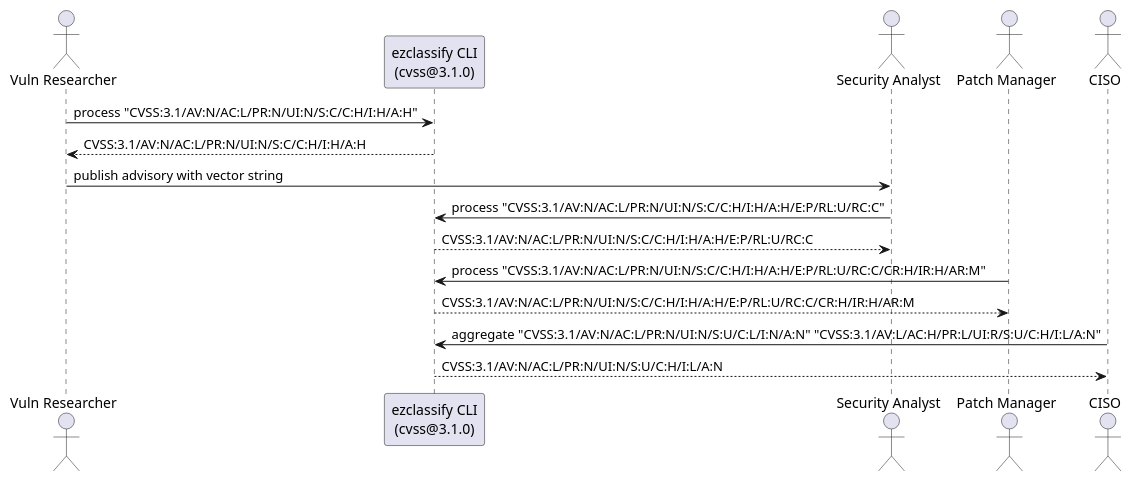
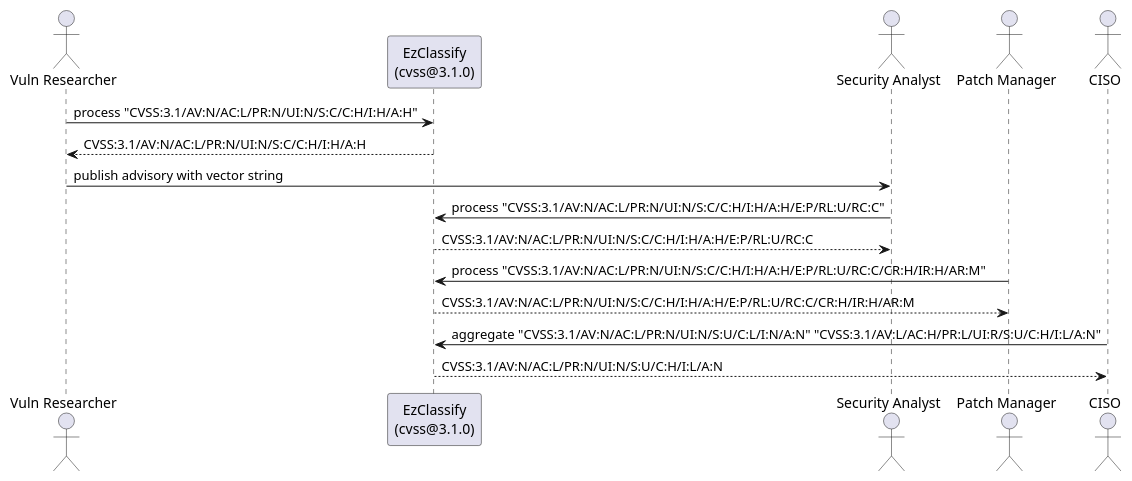
Before and after one commit to ezclassify/community-content: the second of 2 diagrams in schemes/security-vectors/cvss/docs/use-cases.md, drawn with PlantUML. The commit also changed other lines of this file and 101 other files, not shown here.

````diff
--- a/schemes/security-vectors/cvss/docs/use-cases.md
+++ b/schemes/security-vectors/cvss/docs/use-cases.md
@@ -106,22 +109,22 @@
 ```plantuml
 @startuml
 actor "Vuln Researcher" as researcher
-participant "ezclassify CLI\n(cvss@3.1.0)" as cli
+participant "EzClassify\n(cvss@3.1.0)" as ez
 actor "Security Analyst" as analyst
 actor "Patch Manager" as patcher
 actor "CISO" as ciso
 
-researcher -> cli : process "CVSS:3.1/AV:N/AC:L/PR:N/UI:N/S:C/C:H/I:H/A:H"
-cli --> researcher : CVSS:3.1/AV:N/AC:L/PR:N/UI:N/S:C/C:H/I:H/A:H
+researcher -> ez : process "CVSS:3.1/AV:N/AC:L/PR:N/UI:N/S:C/C:H/I:H/A:H"
+ez --> researcher : CVSS:3.1/AV:N/AC:L/PR:N/UI:N/S:C/C:H/I:H/A:H
 researcher -> analyst : publish advisory with vector string
 
-analyst -> cli : process "CVSS:3.1/AV:N/AC:L/PR:N/UI:N/S:C/C:H/I:H/A:H/E:P/RL:U/RC:C"
-cli --> analyst : CVSS:3.1/AV:N/AC:L/PR:N/UI:N/S:C/C:H/I:H/A:H/E:P/RL:U/RC:C
+analyst -> ez : process "CVSS:3.1/AV:N/AC:L/PR:N/UI:N/S:C/C:H/I:H/A:H/E:P/RL:U/RC:C"
+ez --> analyst : CVSS:3.1/AV:N/AC:L/PR:N/UI:N/S:C/C:H/I:H/A:H/E:P/RL:U/RC:C
 
-patcher -> cli : process "CVSS:3.1/AV:N/AC:L/PR:N/UI:N/S:C/C:H/I:H/A:H/E:P/RL:U/RC:C/CR:H/IR:H/AR:M"
-cli --> patcher : CVSS:3.1/AV:N/AC:L/PR:N/UI:N/S:C/C:H/I:H/A:H/E:P/RL:U/RC:C/CR:H/IR:H/AR:M
+patcher -> ez : process "CVSS:3.1/AV:N/AC:L/PR:N/UI:N/S:C/C:H/I:H/A:H/E:P/RL:U/RC:C/CR:H/IR:H/AR:M"
+ez --> patcher : CVSS:3.1/AV:N/AC:L/PR:N/UI:N/S:C/C:H/I:H/A:H/E:P/RL:U/RC:C/CR:H/IR:H/AR:M
 
-ciso -> cli : aggregate "CVSS:3.1/AV:N/AC:L/PR:N/UI:N/S:U/C:L/I:N/A:N" "CVSS:3.1/AV:L/AC:H/PR:L/UI:R/S:U/C:H/I:L/A:N"
-cli --> ciso : CVSS:3.1/AV:N/AC:L/PR:N/UI:N/S:U/C:H/I:L/A:N
+ciso -> ez : aggregate "CVSS:3.1/AV:N/AC:L/PR:N/UI:N/S:U/C:L/I:N/A:N" "CVSS:3.1/AV:L/AC:H/PR:L/UI:R/S:U/C:H/I:L/A:N"
+ez --> ciso : CVSS:3.1/AV:N/AC:L/PR:N/UI:N/S:U/C:H/I:L/A:N
 @enduml
 ```
````
